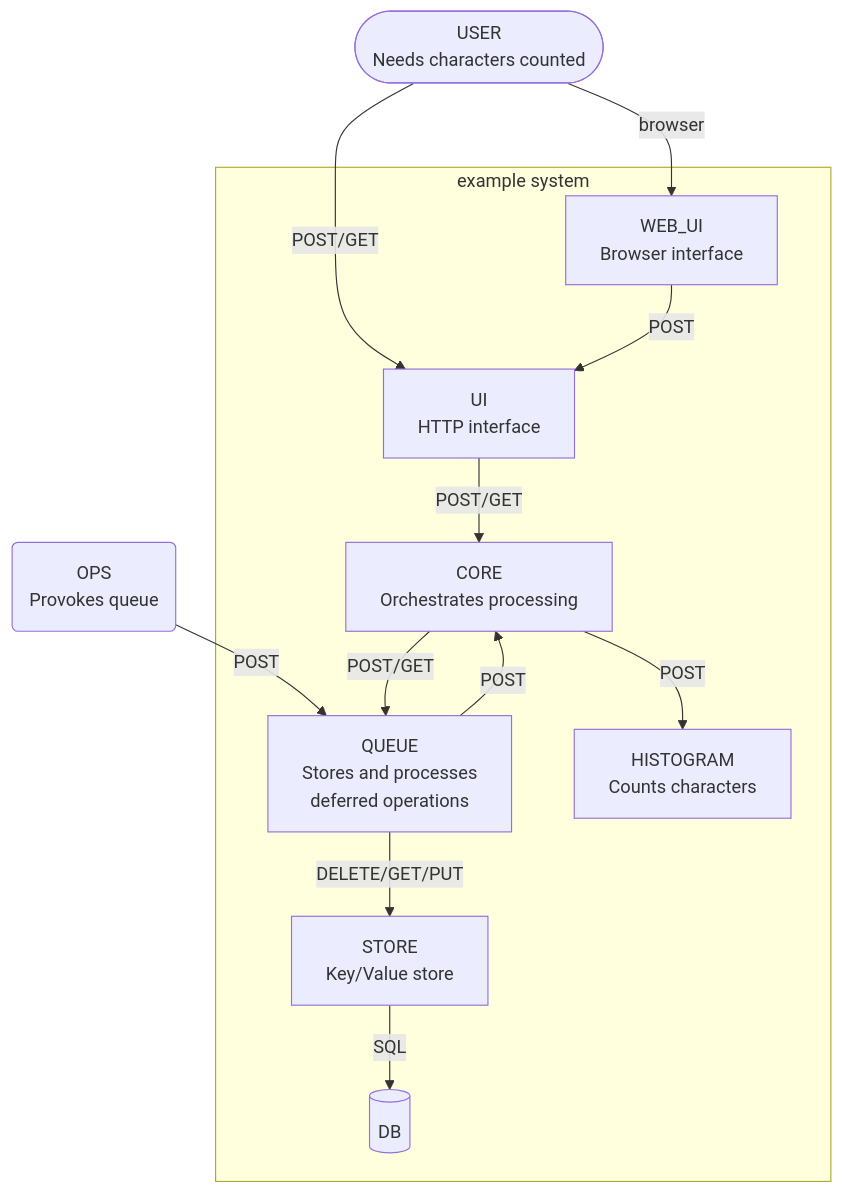
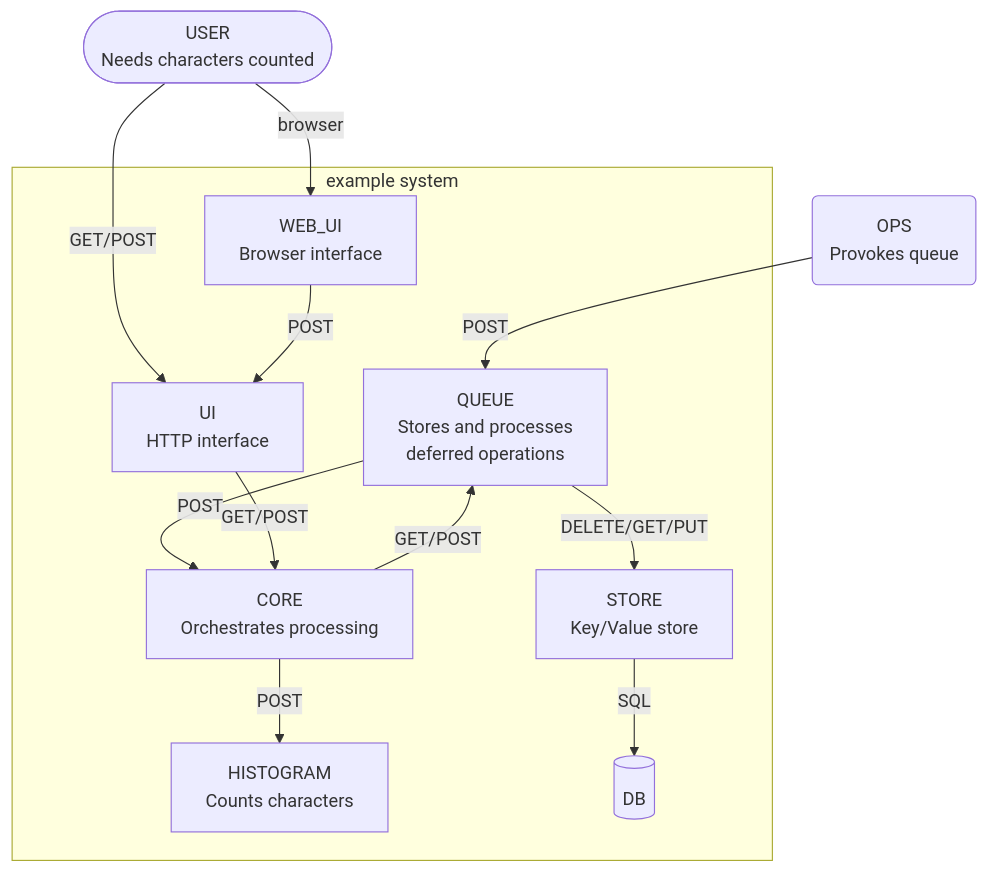
Before and after one commit to Mastercard/flow: the diagram in example/README.md, drawn with Mermaid. The commit also changed 2 other files, not shown here.

Commit message:
predictable order

````diff
--- a/example/README.md
+++ b/example/README.md
@@ -40,15 +40,15 @@
 ```mermaid
 graph TD
-    USER([USER<br>Needs characters counted]) -- browser --> WEB_UI[WEB_UI<br>Browser interface]
-    USER -- POST/GET --> UI[UI<br>HTTP interface]
     OPS(OPS<br>Provokes queue) -- POST --> QUEUE[QUEUE<br>Stores and processes<br>deferred operations]
+    USER([USER<br>Needs characters counted]) -- GET/POST --> UI[UI<br>HTTP interface]
+    USER -- browser --> WEB_UI[WEB_UI<br>Browser interface]
     subgraph example system
-    STORE[STORE<br>Key/Value store] -- SQL --> DB[(DB<br>)]
     CORE[CORE<br>Orchestrates processing] -- POST --> HISTOGRAM[HISTOGRAM<br>Counts characters]
-    CORE -- POST/GET --> QUEUE
+    CORE -- GET/POST --> QUEUE
+    QUEUE -- POST --> CORE
+    QUEUE -- DELETE/GET/PUT --> STORE[STORE<br>Key/Value store]
+    STORE -- SQL --> DB[(DB<br>)]
+    UI -- GET/POST --> CORE
     WEB_UI -- POST --> UI
-    QUEUE -- DELETE/GET/PUT --> STORE
-    QUEUE -- POST --> CORE
-    UI -- POST/GET --> CORE
     end
 ```
````
